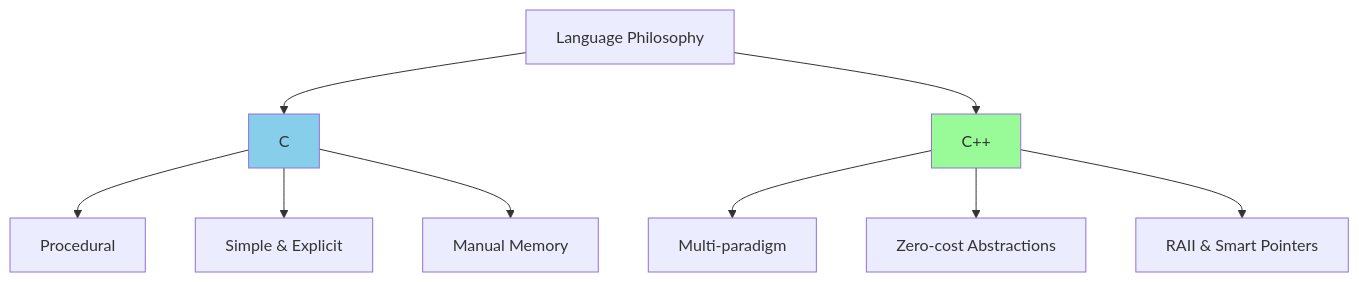
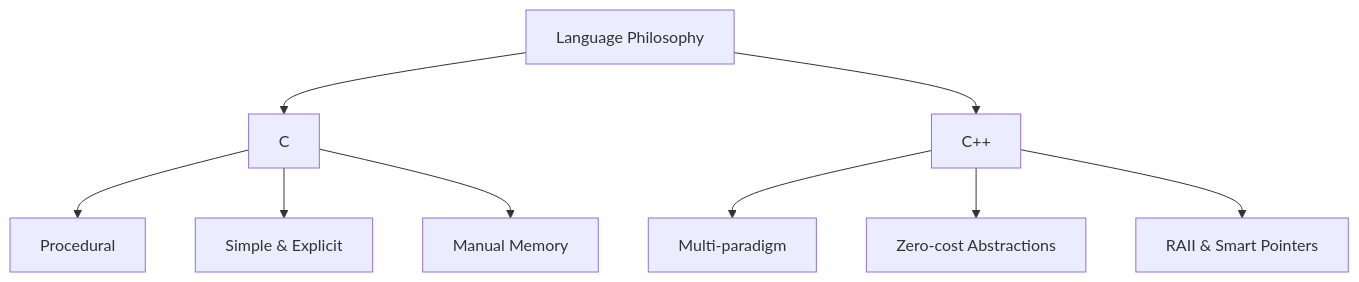
One commit to AndriiSonsiadlo/knowledge-base changed the first of 5 diagrams in docs/programming/cpp/00-overview/cpp-ecosystem.md. Above: the diagram before and after it, drawn with Mermaid. The commit also changed 6 other files, not shown here.

Commit message:
style (C++): drop hardcoded mermaid fills in overview and toolchain diagrams

````diff
--- a/docs/programming/cpp/00-overview/cpp-ecosystem.md
+++ b/docs/programming/cpp/00-overview/cpp-ecosystem.md
@@ -23,16 +23,14 @@
 ```mermaid
 graph TD
     A[Language Philosophy] --> B[C]
     A --> C[C++]
     
     B --> D[Procedural]
     B --> E[Simple & Explicit]
     B --> F[Manual Memory]
     
     C --> G[Multi-paradigm]
     C --> H[Zero-cost Abstractions]
     C --> I[RAII & Smart Pointers]
     
-    style B fill:#87CEEB
-    style C fill:#98FB98
 ```
````
